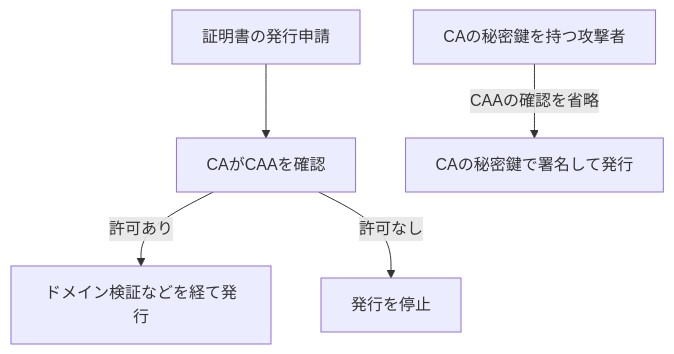
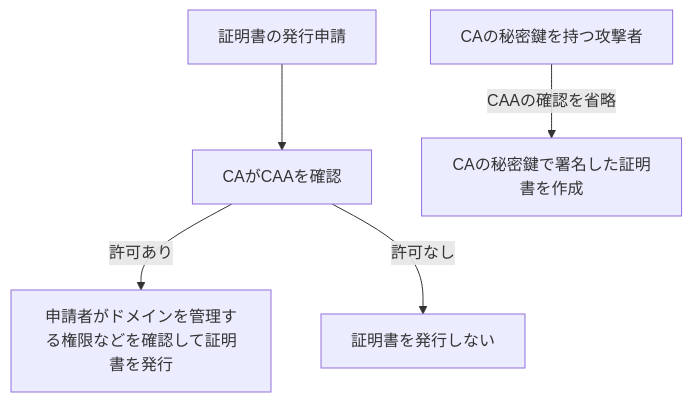
The seventh of 10 diagrams in docs/security/20261113-tls-pki-emudhra.md (aurora1530/learning-materials), drawn with Mermaid before and after one commit. The commit also changed other lines of this file, not shown here.

````diff
--- a/docs/security/20261113-tls-pki-emudhra.md
+++ b/docs/security/20261113-tls-pki-emudhra.md
@@ -244,7 +237,7 @@
 ```mermaid
 flowchart TD
     A["証明書の発行申請"] --> B["CAがCAAを確認"]
-    B -->|許可あり| C["ドメイン検証などを経て発行"]
-    B -->|許可なし| D["発行を停止"]
-    E["CAの秘密鍵を持つ攻撃者"] -->|CAAの確認を省略| F["CAの秘密鍵で署名して発行"]
+    B -->|許可あり| C["申請者がドメインを管理する権限などを確認して証明書を発行"]
+    B -->|許可なし| D["証明書を発行しない"]
+    E["CAの秘密鍵を持つ攻撃者"] -->|CAAの確認を省略| F["CAの秘密鍵で署名した証明書を作成"]
 ```
````
